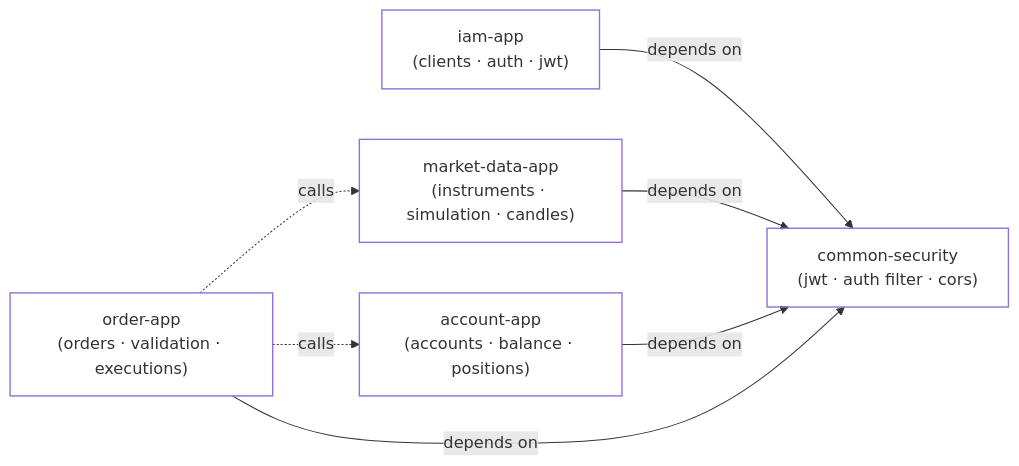
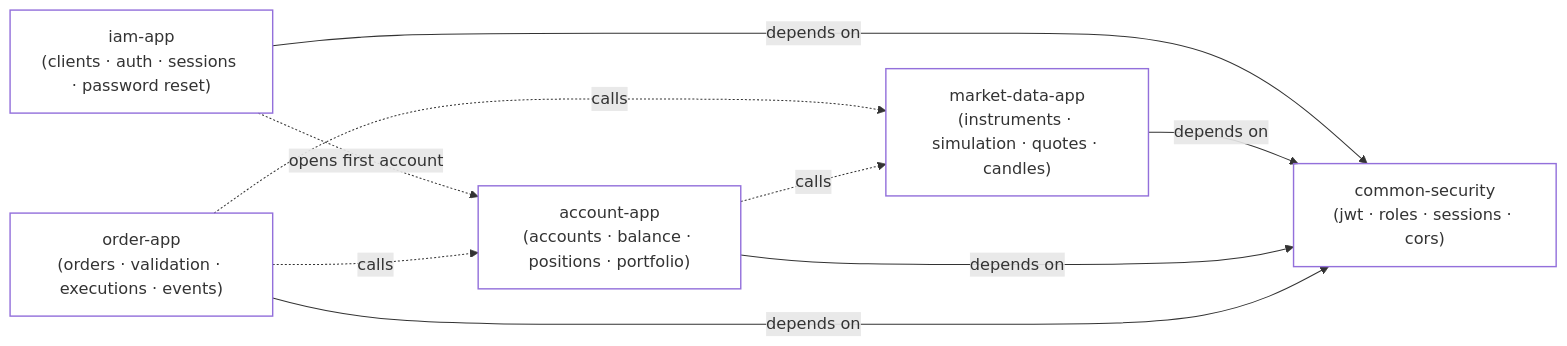
The second of 8 diagrams in README.md (chrismuss04/leap-laugh-love), drawn with Mermaid before and after one commit. The commit also changed other lines of this file, not shown here.

````diff
--- a/README.md
+++ b/README.md
@@ -140,15 +205,17 @@
 ```mermaid
 flowchart LR
     classDef mod fill:transparent,stroke-width:1.4px;
-    CS["common-security<br/>(jwt · auth filter · cors)"]:::mod
-    IAM["iam-app<br/>(clients · auth · jwt)"]:::mod
-    MD["market-data-app<br/>(instruments · simulation · candles)"]:::mod
-    ACCT["account-app<br/>(accounts · balance · positions)"]:::mod
-    ORD["order-app<br/>(orders · validation · executions)"]:::mod
+    CS["common-security<br/>(jwt · roles · sessions · cors)"]:::mod
+    IAM["iam-app<br/>(clients · auth · sessions · password reset)"]:::mod
+    MD["market-data-app<br/>(instruments · simulation · quotes · candles)"]:::mod
+    ACCT["account-app<br/>(accounts · balance · positions · portfolio)"]:::mod
+    ORD["order-app<br/>(orders · validation · executions · events)"]:::mod
     IAM -- "depends on" --> CS
     MD -- "depends on" --> CS
     ACCT -- "depends on" --> CS
     ORD -- "depends on" --> CS
+    IAM -. "opens first account" .-> ACCT
     ORD -. "calls" .-> ACCT
     ORD -. "calls" .-> MD
+    ACCT -. "calls" .-> MD
 ```
````
